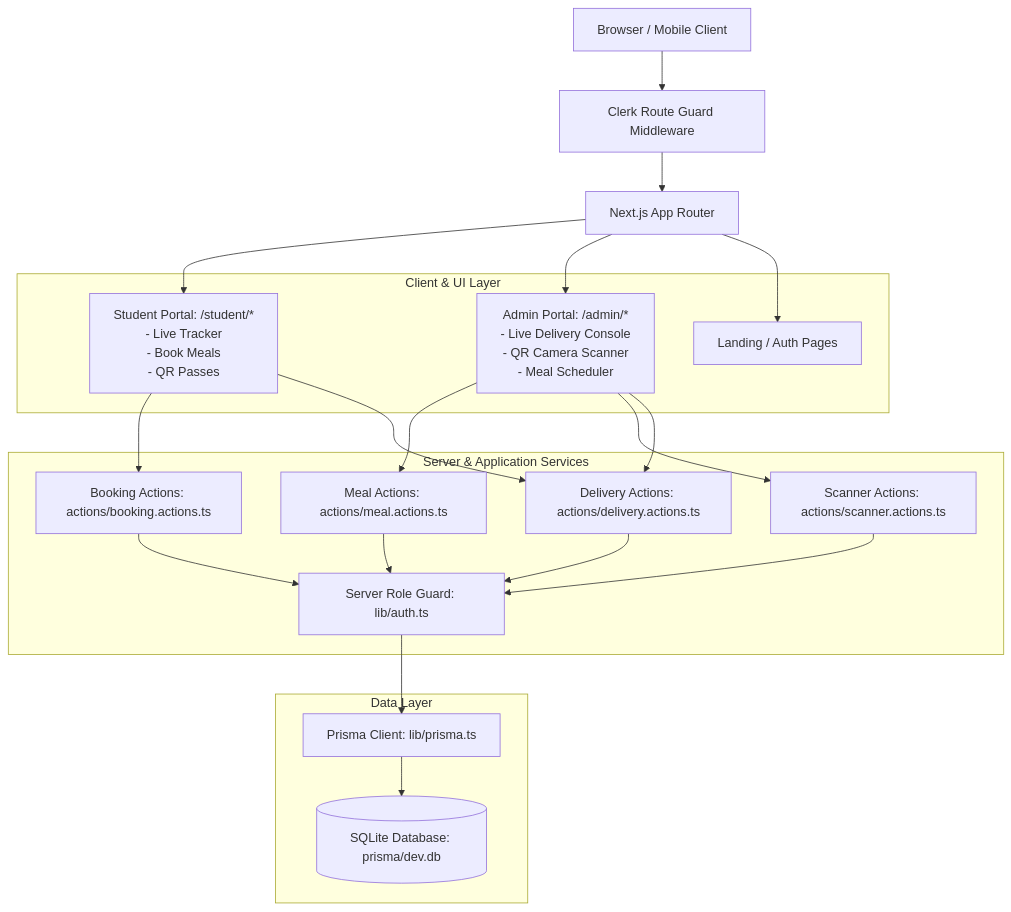
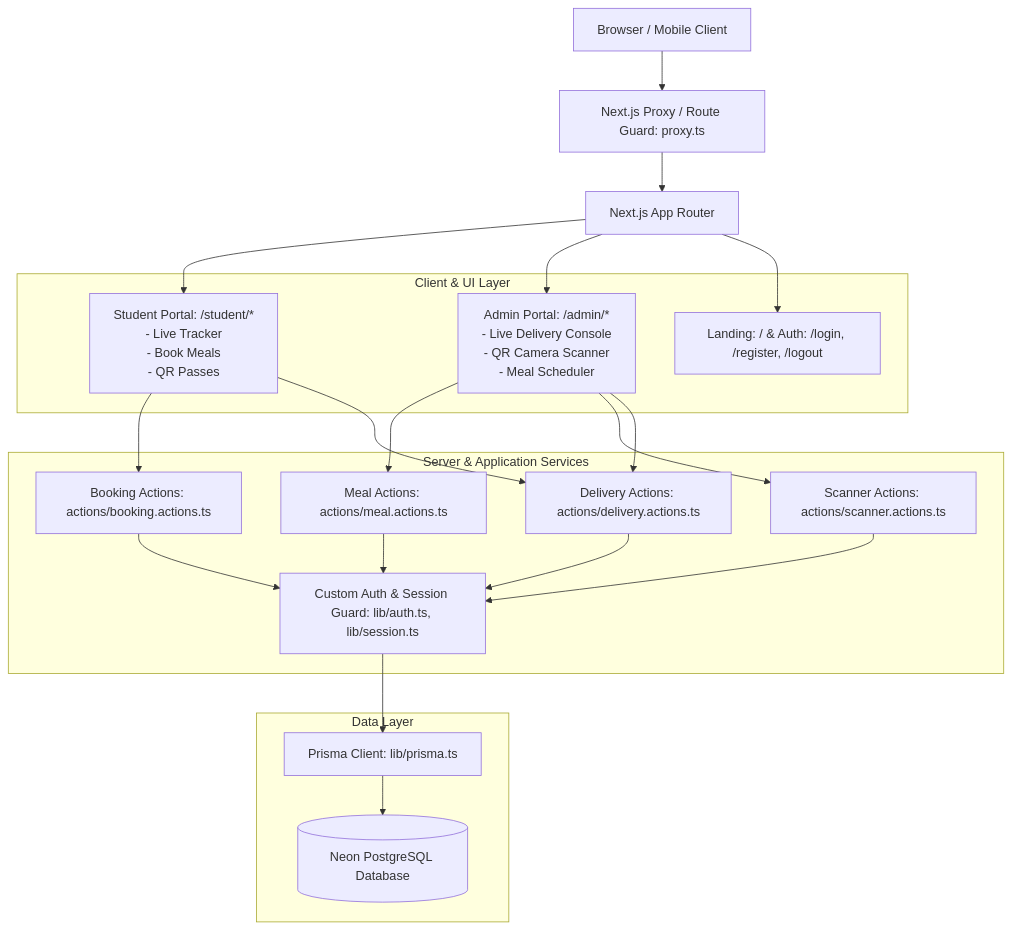
One commit to aviicroft/MEALBITE changed the first of 2 diagrams in .agents/ARCHITECTURE.md. Above: the diagram before and after it, drawn with Mermaid. The commit also changed other lines of this file and 43 other files, not shown here.

````diff
--- a/.agents/ARCHITECTURE.md
+++ b/.agents/ARCHITECTURE.md
@@ -9,42 +9,42 @@
 ```mermaid
 graph TD
-    Client[Browser / Mobile Client] --> Middleware[Clerk Route Guard Middleware]
-    Middleware --> AppRouter[Next.js App Router]
+    Client[Browser / Mobile Client] --> Proxy[Next.js Proxy / Route Guard: proxy.ts]
+    Proxy --> AppRouter[Next.js App Router]
     
     subgraph Client & UI Layer
         StudentPortal[Student Portal: /student/*<br>- Live Tracker<br>- Book Meals<br>- QR Passes]
         AdminPortal[Admin Portal: /admin/*<br>- Live Delivery Console<br>- QR Camera Scanner<br>- Meal Scheduler]
-        PublicLanding[Landing / Auth Pages]
+        PublicLanding[Landing: / & Auth: /login, /register, /logout]
     end
     
     subgraph Server & Application Services
-        RoleGuard[Server Role Guard: lib/auth.ts]
+        AuthService[Custom Auth & Session Guard: lib/auth.ts, lib/session.ts]
         MealActions[Meal Actions: actions/meal.actions.ts]
         BookingActions[Booking Actions: actions/booking.actions.ts]
         ScannerActions[Scanner Actions: actions/scanner.actions.ts]
         DeliveryActions[Delivery Actions: actions/delivery.actions.ts]
     end
     
     subgraph Data Layer
         PrismaClient[Prisma Client: lib/prisma.ts]
-        SQLite[(SQLite Database: prisma/dev.db)]
+        NeonPostgres[(Neon PostgreSQL Database)]
     end
     
     AppRouter --> StudentPortal
     AppRouter --> AdminPortal
     AppRouter --> PublicLanding
     
     StudentPortal --> BookingActions
     StudentPortal --> DeliveryActions
     AdminPortal --> MealActions
     AdminPortal --> ScannerActions
     AdminPortal --> DeliveryActions
     
-    MealActions --> RoleGuard
-    BookingActions --> RoleGuard
-    ScannerActions --> RoleGuard
-    DeliveryActions --> RoleGuard
+    MealActions --> AuthService
+    BookingActions --> AuthService
+    ScannerActions --> AuthService
+    DeliveryActions --> AuthService
     
-    RoleGuard --> PrismaClient
-    PrismaClient --> SQLite
+    AuthService --> PrismaClient
+    PrismaClient --> NeonPostgres
 ```
````
